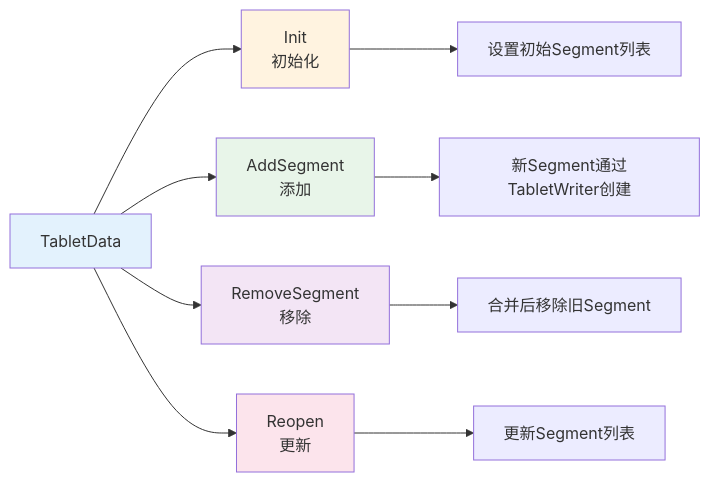
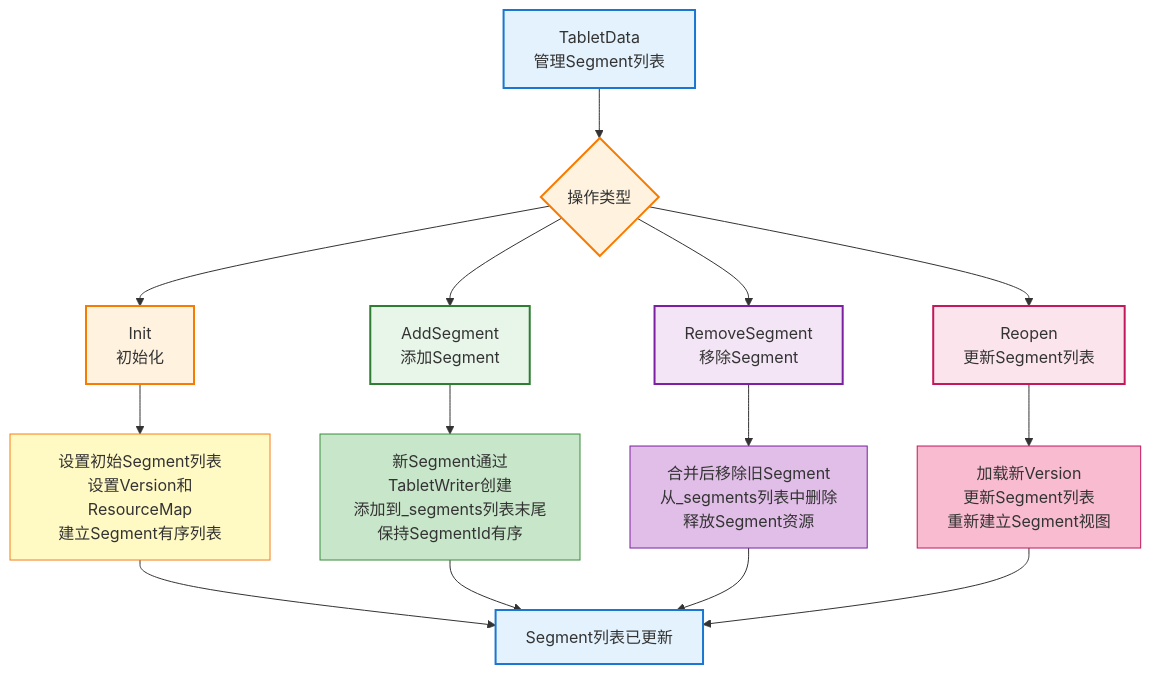
One commit to zhouzhilong-commits/zhouzhilong-commits.github.io changed the seventh of 22 diagrams in _posts/2025-05-19-indexlib-2-tablet-segment.md. Above: the diagram before and after it, drawn with Mermaid. The commit also changed other lines of this file and 6 other files, not shown here.

````diff
--- a/_posts/2025-05-19-indexlib-2-tablet-segment.md
+++ b/_posts/2025-05-19-indexlib-2-tablet-segment.md
@@ -486,18 +502,34 @@
 ```mermaid
-graph LR
-    A[TabletData] --> B[Init<br/>初始化]
-    A --> C[AddSegment<br/>添加]
-    A --> D[RemoveSegment<br/>移除]
-    A --> E[Reopen<br/>更新]
+flowchart TD
+    Start[TabletData<br/>管理Segment列表] --> Operations{操作类型}
     
-    B --> F[设置初始Segment列表]
-    C --> G[新Segment通过TabletWriter创建]
-    D --> H[合并后移除旧Segment]
-    E --> I[更新Segment列表]
+    Operations --> Init[Init<br/>初始化]
+    Operations --> Add[AddSegment<br/>添加Segment]
+    Operations --> Remove[RemoveSegment<br/>移除Segment]
+    Operations --> Reopen[Reopen<br/>更新Segment列表]
     
-    style A fill:#e3f2fd
-    style B fill:#fff3e0
-    style C fill:#e8f5e9
-    style D fill:#f3e5f5
-    style E fill:#fce4ec
+    Init --> InitDetail[设置初始Segment列表<br/>设置Version和ResourceMap<br/>建立Segment有序列表]
+    
+    Add --> AddDetail[新Segment通过TabletWriter创建<br/>添加到_segments列表末尾<br/>保持SegmentId有序]
+    
+    Remove --> RemoveDetail[合并后移除旧Segment<br/>从_segments列表中删除<br/>释放Segment资源]
+    
+    Reopen --> ReopenDetail[加载新Version<br/>更新Segment列表<br/>重新建立Segment视图]
+    
+    InitDetail --> End[Segment列表已更新]
+    AddDetail --> End
+    RemoveDetail --> End
+    ReopenDetail --> End
+    
+    style Start fill:#e3f2fd,stroke:#1976d2,stroke-width:2px
+    style Operations fill:#fff3e0,stroke:#f57c00,stroke-width:2px
+    style Init fill:#fff3e0,stroke:#f57c00,stroke-width:2px
+    style Add fill:#e8f5e9,stroke:#2e7d32,stroke-width:2px
+    style Remove fill:#f3e5f5,stroke:#7b1fa2,stroke-width:2px
+    style Reopen fill:#fce4ec,stroke:#c2185b,stroke-width:2px
+    style InitDetail fill:#fff9c4,stroke:#f57f17,stroke-width:1px
+    style AddDetail fill:#c8e6c9,stroke:#388e3c,stroke-width:1px
+    style RemoveDetail fill:#e1bee7,stroke:#7b1fa2,stroke-width:1px
+    style ReopenDetail fill:#f8bbd0,stroke:#c2185b,stroke-width:1px
+    style End fill:#e3f2fd,stroke:#1976d2,stroke-width:2px
 ```
````
